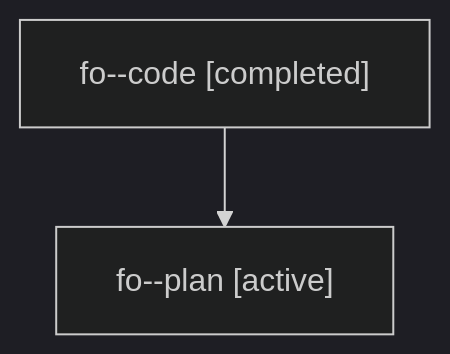
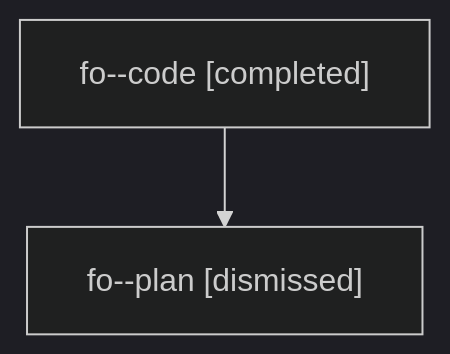
One commit to sase-org/sase--agents changed the diagram in sessions/bbugyi200.athena.fo.md. Above: the diagram before and after it, drawn with Mermaid (dark theme). The commit also changed other lines of this file and 42 other files, not shown here.

````diff
--- a/sessions/bbugyi200.athena.fo.md
+++ b/sessions/bbugyi200.athena.fo.md
@@ -9,6 +9,6 @@
 ```mermaid
 flowchart TD
   n0["fo--code [completed]"]
-  n1["fo--plan [active]"]
+  n1["fo--plan [dismissed]"]
   n0 --> n1
 ```
````
